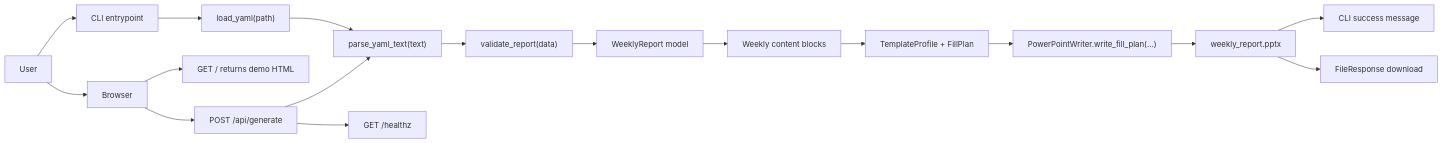
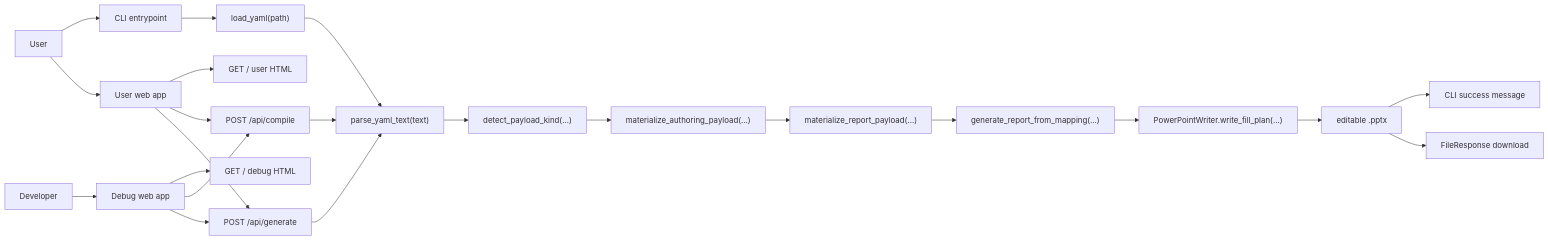
The diagram in docs/architecture/system-overview.md (tubtrb/autoreport), drawn with Mermaid before and after one commit. The commit also changed other lines of this file and 19 other files, not shown here.

Commit message:
feat: split web app and debug surface

````diff
--- a/docs/architecture/system-overview.md
+++ b/docs/architecture/system-overview.md
@@ -7,21 +12,28 @@
 ```mermaid
 flowchart LR
     USER["User"] --> CLI["CLI entrypoint"]
-    USER --> BROWSER["Browser"]
-    BROWSER --> HTML["GET / returns demo HTML"]
-    BROWSER --> API["POST /api/generate"]
+    USER --> USERWEB["User web app"]
+    DEV["Developer"] --> DEBUGWEB["Debug web app"]
+
+    USERWEB --> USERHTML["GET / user HTML"]
+    DEBUGWEB --> DEBUGHTML["GET / debug HTML"]
 
     CLI --> FILELOAD["load_yaml(path)"]
     FILELOAD --> PARSE["parse_yaml_text(text)"]
-    API --> PARSE
-    PARSE --> VALIDATE["validate_report(data)"]
-    VALIDATE --> REPORT["WeeklyReport model"]
-    REPORT --> BLOCKS["Weekly content blocks"]
-    BLOCKS --> PROFILE["TemplateProfile + FillPlan"]
-    PROFILE --> WRITER["PowerPointWriter.write_fill_plan(...)"]
-    WRITER --> PPTX["weekly_report.pptx"]
+    USERWEB --> COMPILEAPI["POST /api/compile"]
+    USERWEB --> GENERATEAPI["POST /api/generate"]
+    DEBUGWEB --> COMPILEAPI
+    DEBUGWEB --> GENERATEAPI
+
+    COMPILEAPI --> PARSE
+    GENERATEAPI --> PARSE
+    PARSE --> KIND["detect_payload_kind(...)"]
+    KIND --> NORMALIZE["materialize_authoring_payload(...)"]
+    NORMALIZE --> COMPILE["materialize_report_payload(...)"]
+    COMPILE --> GENERATOR["generate_report_from_mapping(...)"]
+    GENERATOR --> WRITER["PowerPointWriter.write_fill_plan(...)"]
+    WRITER --> PPTX["editable .pptx"]
+
     PPTX --> CLIRESULT["CLI success message"]
     PPTX --> FILERESP["FileResponse download"]
-
-    API --> HEALTH["GET /healthz"]
 ```
````
